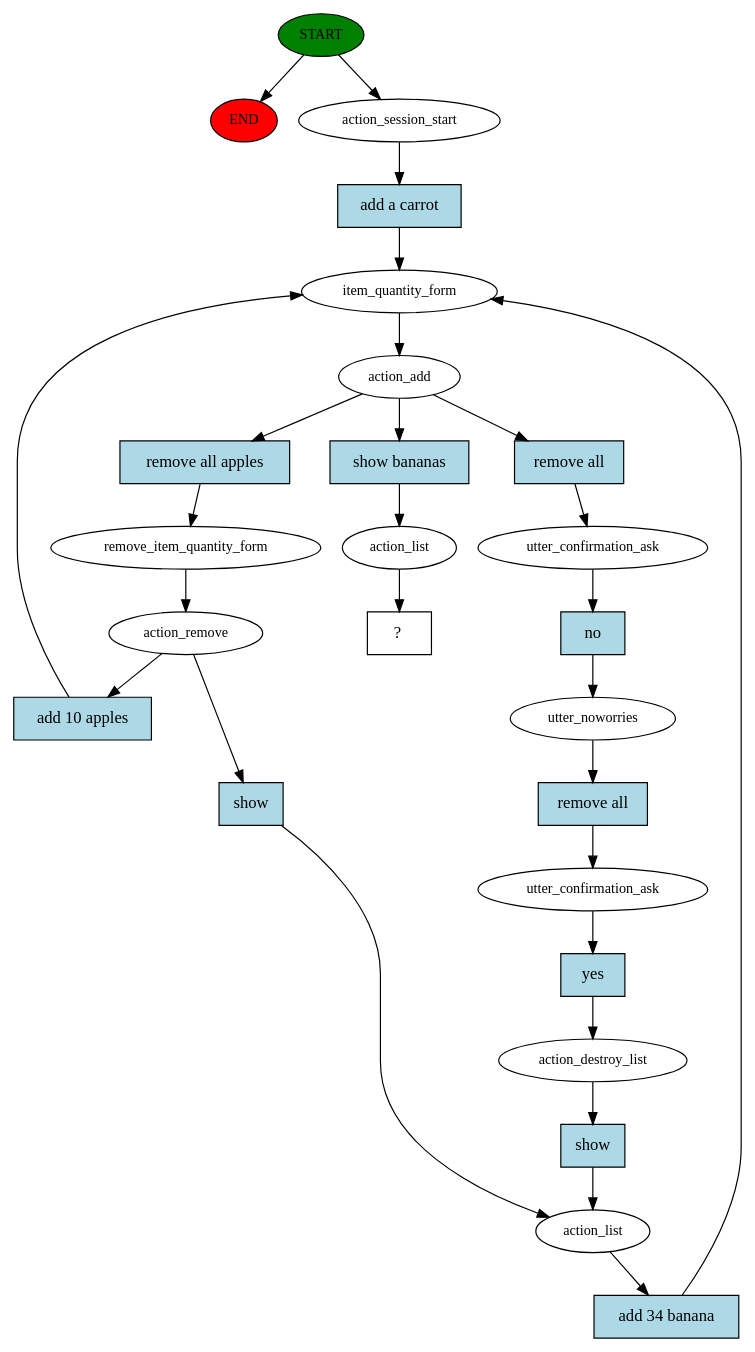
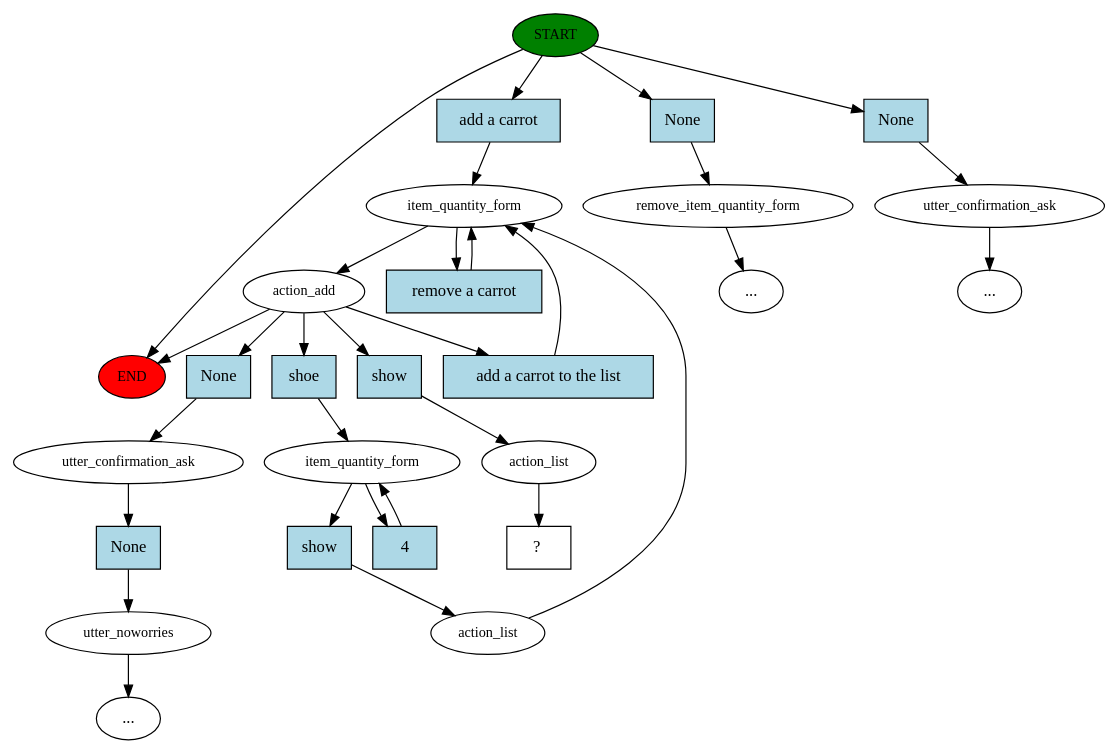
The diagram in story_graph.dot (wwertyexp/CrMidTerm), drawn with Graphviz before and after one commit. The commit also changed 5 other files, not shown here.

```diff
--- a/story_graph.dot
+++ b/story_graph.dot
@@ -1,54 +1,58 @@
 digraph  {
 0 [class="start active", fillcolor=green, fontsize=12, label=START, style=filled];
 "-1" [class=end, fillcolor=red, fontsize=12, label=END, style=filled];
-1 [class=active, fontsize=12, label=action_session_start];
-2 [class=active, fontsize=12, label=item_quantity_form];
-3 [class=active, fontsize=12, label=action_add];
-4 [class=active, fontsize=12, label=utter_confirmation_ask];
-5 [class=active, fontsize=12, label=utter_noworries];
-6 [class=active, fontsize=12, label=utter_confirmation_ask];
-7 [class=active, fontsize=12, label=action_destroy_list];
-8 [class=active, fontsize=12, label=action_list];
-11 [class=active, fontsize=12, label=remove_item_quantity_form];
-12 [class=active, fontsize=12, label=action_remove];
+1 [class=active, fontsize=12, label=item_quantity_form];
+2 [class=active, fontsize=12, label=action_add];
+3 [class="", fontsize=12, label=remove_item_quantity_form];
+"-3" [class=ellipsis, label="..."];
+4 [class="", fontsize=12, label=utter_confirmation_ask];
+"-5" [class=ellipsis, label="..."];
+8 [class="", fontsize=12, label=utter_confirmation_ask];
+9 [class="", fontsize=12, label=utter_noworries];
+"-6" [class=ellipsis, label="..."];
+14 [class=active, fontsize=12, label=item_quantity_form];
+16 [class=active, fontsize=12, label=action_list];
 20 [class=active, fontsize=12, label=action_list];
 21 [class="intent dashed active", label="  ?  ", shape=rect];
 22 [class="intent active", fillcolor=lightblue, label="add a carrot", shape=rect, style=filled];
-23 [class="intent active", fillcolor=lightblue, label="remove all", shape=rect, style=filled];
-24 [class="intent active", fillcolor=lightblue, label="remove all apples", shape=rect, style=filled];
-25 [class="intent active", fillcolor=lightblue, label="show bananas", shape=rect, style=filled];
-26 [class="intent active", fillcolor=lightblue, label=no, shape=rect, style=filled];
-27 [class="intent active", fillcolor=lightblue, label="remove all", shape=rect, style=filled];
-28 [class="intent active", fillcolor=lightblue, label=yes, shape=rect, style=filled];
+23 [class=intent, fillcolor=lightblue, label=None, shape=rect, style=filled];
+24 [class=intent, fillcolor=lightblue, label=None, shape=rect, style=filled];
+25 [class="intent active", fillcolor=lightblue, label="remove a carrot", shape=rect, style=filled];
+26 [class=intent, fillcolor=lightblue, label=None, shape=rect, style=filled];
+27 [class="intent active", fillcolor=lightblue, label="add a carrot to the list", shape=rect, style=filled];
+28 [class="intent active", fillcolor=lightblue, label=shoe, shape=rect, style=filled];
 29 [class="intent active", fillcolor=lightblue, label=show, shape=rect, style=filled];
-30 [class="intent active", fillcolor=lightblue, label="add 34 banana", shape=rect, style=filled];
-31 [class="intent active", fillcolor=lightblue, label="add 10 apples", shape=rect, style=filled];
-32 [class="intent active", fillcolor=lightblue, label=show, shape=rect, style=filled];
+30 [class=intent, fillcolor=lightblue, label=None, shape=rect, style=filled];
+31 [class="intent active", fillcolor=lightblue, label=show, shape=rect, style=filled];
+32 [class="intent active", fillcolor=lightblue, label=4, shape=rect, style=filled];
 0 -> "-1"  [class="", key=NONE, label=""];
-0 -> 1  [class=active, key=NONE, label=""];
-1 -> 22  [class=active, key=0];
-2 -> 3  [class=active, key=NONE, label=""];
-3 -> 23  [class=active, key=0];
-3 -> 24  [class=active, key=0];
-3 -> 25  [class=active, key=0];
-4 -> 26  [class=active, key=0];
-5 -> 27  [class=active, key=0];
-6 -> 28  [class=active, key=0];
-7 -> 29  [class=active, key=0];
-8 -> 30  [class=active, key=0];
-11 -> 12  [class=active, key=NONE, label=""];
-12 -> 31  [class=active, key=0];
-12 -> 32  [class=active, key=0];
+0 -> 22  [class=active, key=0];
+0 -> 23  [class="", key=0];
+0 -> 24  [class="", key=0];
+1 -> 2  [class=active, key=NONE, label=""];
+1 -> 25  [class=active, key=0];
+2 -> "-1"  [class="", key=NONE, label=""];
+2 -> 26  [class="", key=0];
+2 -> 27  [class=active, key=0];
+2 -> 28  [class=active, key=0];
+2 -> 29  [class=active, key=0];
+3 -> "-3"  [class="", key=NONE, label=""];
+4 -> "-5"  [class="", key=NONE, label=""];
+8 -> 30  [class="", key=0];
+9 -> "-6"  [class="", key=NONE, label=""];
+14 -> 31  [class=active, key=0];
+14 -> 32  [class=active, key=0];
+16 -> 1  [class=active, key=NONE, label=""];
 20 -> 21  [class=active, key=NONE, label=""];
-22 -> 2  [class=active, key=0];
-23 -> 4  [class=active, key=0];
-24 -> 11  [class=active, key=0];
-25 -> 20  [class=active, key=0];
-26 -> 5  [class=active, key=0];
-27 -> 6  [class=active, key=0];
-28 -> 7  [class=active, key=0];
-29 -> 8  [class=active, key=0];
-30 -> 2  [class=active, key=0];
-31 -> 2  [class=active, key=0];
-32 -> 8  [class=active, key=0];
+22 -> 1  [class=active, key=0];
+23 -> 3  [class="", key=0];
+24 -> 4  [class="", key=0];
+25 -> 1  [class=active, key=0];
+26 -> 8  [class="", key=0];
+27 -> 1  [class=active, key=0];
+28 -> 14  [class=active, key=0];
+29 -> 20  [class=active, key=0];
+30 -> 9  [class="", key=0];
+31 -> 16  [class=active, key=0];
+32 -> 14  [class=active, key=0];
 }
```
